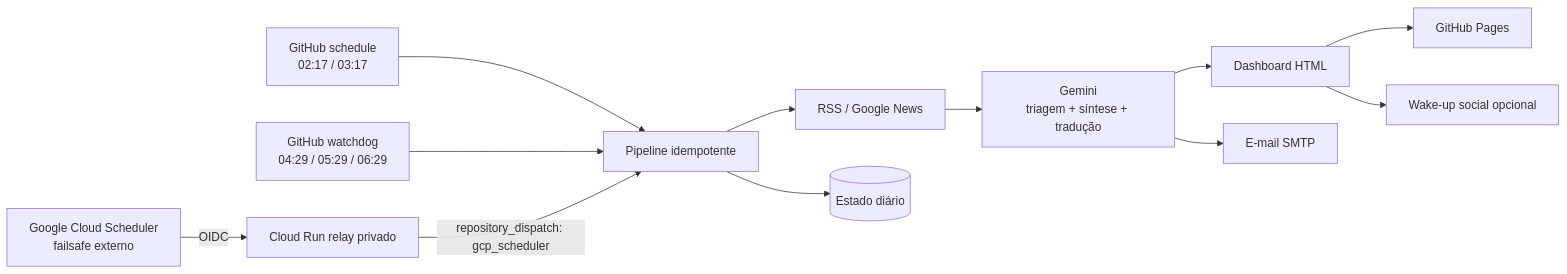
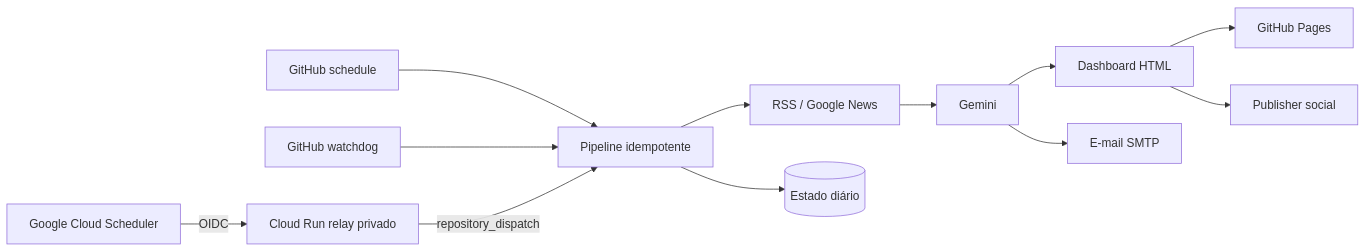
The diagram in README.md (thalesandradepereira/monitoramento-internacional), drawn with Mermaid before and after one commit. The commit also changed other lines of this file and 1 other file, not shown here.

First line of the commit message:
docs: postmortem recurring scheduler failure 2026-09-05

````diff
--- a/README.md
+++ b/README.md
@@ -104,14 +59,14 @@
 ```mermaid
 flowchart LR
-    GH1[GitHub schedule<br/>02:17 / 03:17] --> PIPE
-    GH2[GitHub watchdog<br/>04:29 / 05:29 / 06:29] --> PIPE
-    GCS[Google Cloud Scheduler<br/>failsafe externo] -->|OIDC| CR[Cloud Run relay privado]
-    CR -->|repository_dispatch: gcp_scheduler| PIPE[Pipeline idempotente]
+    GH1[GitHub schedule] --> PIPE
+    GH2[GitHub watchdog] --> PIPE
+    GCS[Google Cloud Scheduler] -->|OIDC| CR[Cloud Run relay privado]
+    CR -->|repository_dispatch| PIPE[Pipeline idempotente]
     PIPE --> RSS[RSS / Google News]
-    RSS --> AI[Gemini<br/>triagem + síntese + tradução]
+    RSS --> AI[Gemini]
     AI --> DASH[Dashboard HTML]
     AI --> MAIL[E-mail SMTP]
     DASH --> PAGES[GitHub Pages]
     PIPE --> STATE[(Estado diário)]
-    DASH --> SOCIAL[Wake-up social opcional]
+    DASH --> SOCIAL[Publisher social]
 ```
````
